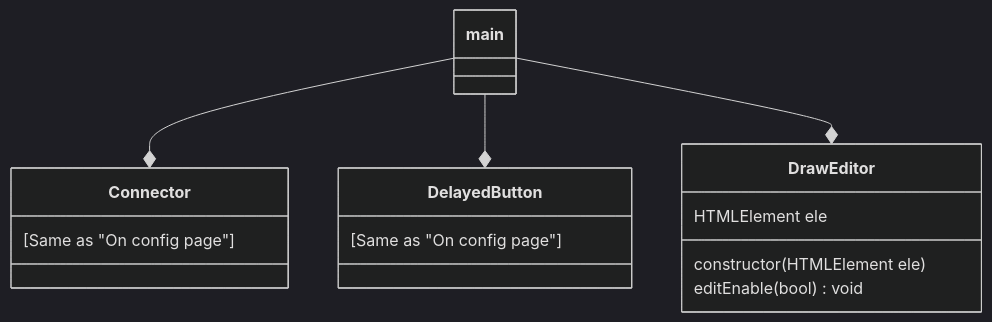
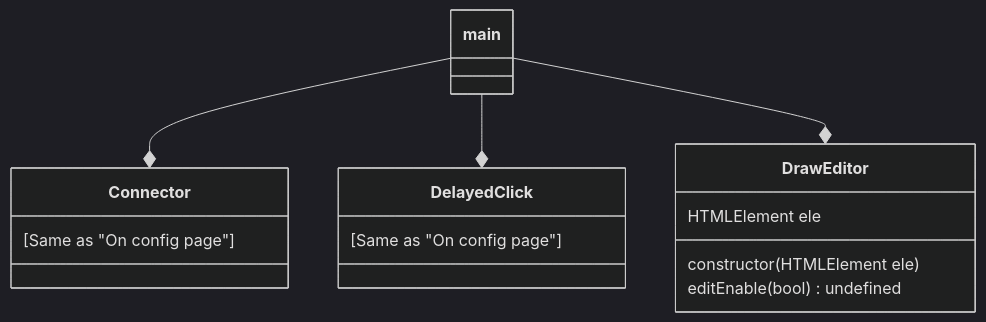
One commit to aKuad/async-gartic changed the second of 2 diagrams in design/Class.md. Above: the diagram before and after it, drawn with Mermaid (dark theme). The commit also changed other lines of this file and 1 other file, not shown here.

Commit message:
DelayedClick.js installed (Class draw updated too)

````diff
--- a/design/Class.md
+++ b/design/Class.md
@@ -33,24 +38,24 @@
 ```mermaid
 classDiagram
   class main {
   }
 
   class Connector {
     [Same as "On config page"]
   }
 
-  class DelayedButton {
+  class DelayedClick {
     [Same as "On config page"]
   }
 
   class DrawEditor {
     HTMLElement ele
 
     constructor(HTMLElement ele)
-    editEnable(bool) void
+    editEnable(bool) undefined
   }
 
   main --* Connector
-  main --* DelayedButton
+  main --* DelayedClick
   main --* DrawEditor
 ```
````
